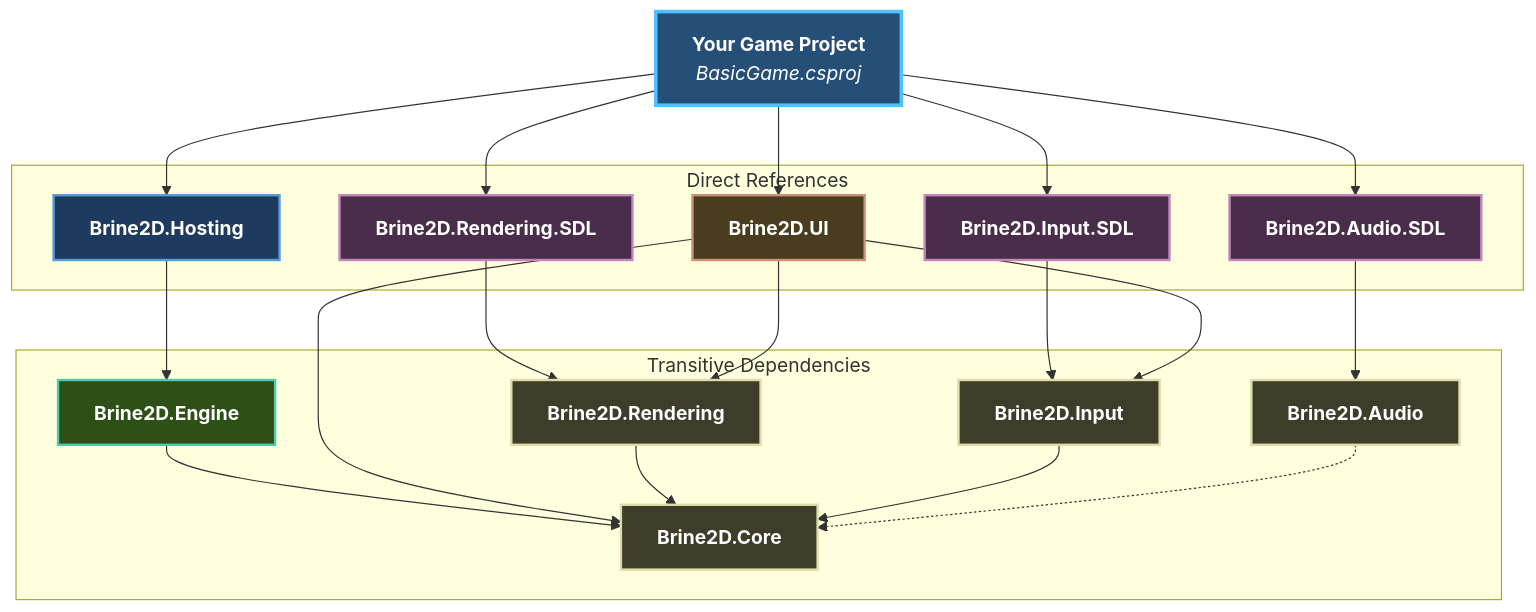
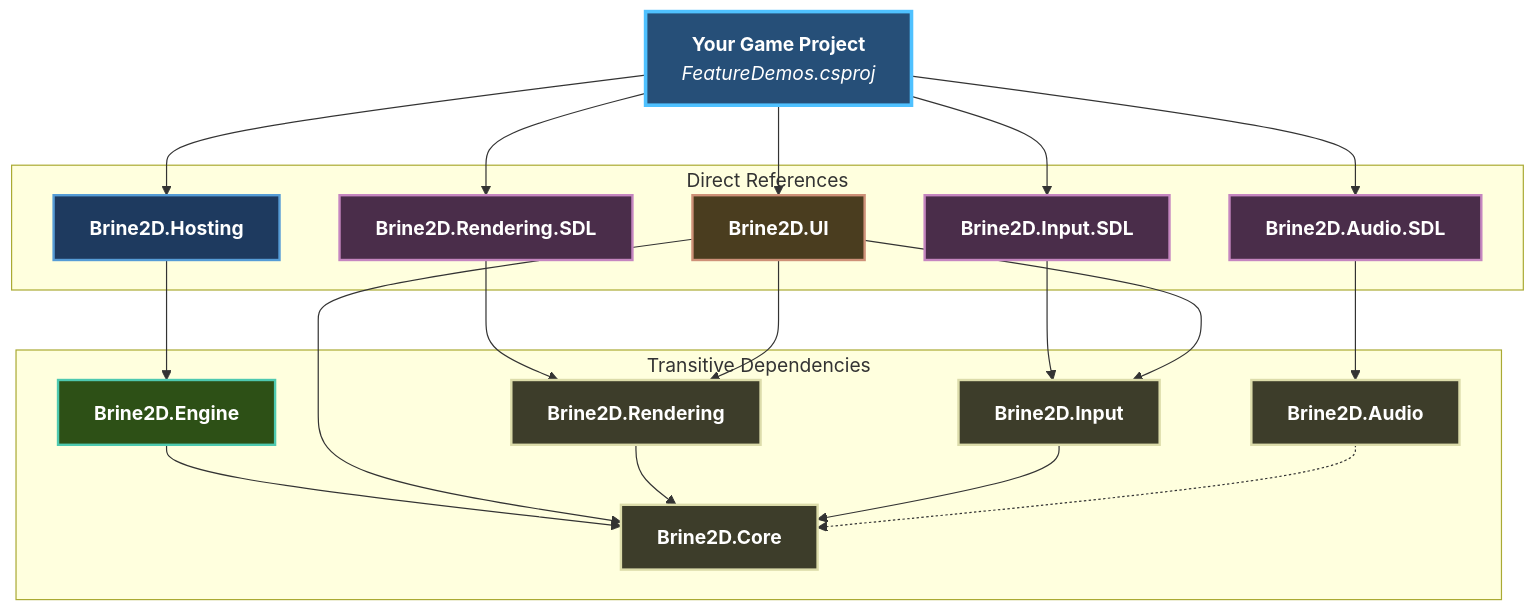
One commit to CrazyPickleStudios/Brine2D-Documentation changed the diagram in docs/getting-started/project-structure.md. Above: the diagram before and after it, drawn with Mermaid. The commit also changed other lines of this file and 13 other files, not shown here.

````diff
--- a/docs/getting-started/project-structure.md
+++ b/docs/getting-started/project-structure.md
@@ -12,52 +12,52 @@
 ```mermaid
 graph TB
-    Game["<b>Your Game Project</b><br/><i>BasicGame.csproj</i>"]
+    Game["<b>Your Game Project</b><br/><i>FeatureDemos.csproj</i>"]
     
     subgraph "Direct References"
         Hosting["<b>Brine2D.Hosting</b>"]
         RenderingSDL["<b>Brine2D.Rendering.SDL</b>"]
         InputSDL["<b>Brine2D.Input.SDL</b>"]
         AudioSDL["<b>Brine2D.Audio.SDL</b>"]
         UI["<b>Brine2D.UI</b>"]
     end
     
     subgraph "Transitive Dependencies"
         Engine["<b>Brine2D.Engine</b>"]
         Rendering["<b>Brine2D.Rendering</b>"]
         Input["<b>Brine2D.Input</b>"]
         Audio["<b>Brine2D.Audio</b>"]
         Core["<b>Brine2D.Core</b>"]
     end
     
     Game --> Hosting
     Game --> RenderingSDL
     Game --> InputSDL
     Game --> AudioSDL
     Game --> UI
     
     Hosting --> Engine
     Engine --> Core
     
     RenderingSDL --> Rendering
     InputSDL --> Input
     AudioSDL --> Audio
     UI --> Core
     UI --> Rendering
     UI --> Input
     
     Rendering --> Core
     Input --> Core
     Audio -.-> Core
 
 style Game fill:#264f78,stroke:#4fc1ff,stroke-width:3px,color:#fff
 style Hosting fill:#1e3a5f,stroke:#569cd6,stroke-width:2px,color:#fff
 style RenderingSDL fill:#4a2d4a,stroke:#c586c0,stroke-width:2px,color:#fff
 style InputSDL fill:#4a2d4a,stroke:#c586c0,stroke-width:2px,color:#fff
 style AudioSDL fill:#4a2d4a,stroke:#c586c0,stroke-width:2px,color:#fff
 style UI fill:#4a3d1f,stroke:#ce9178,stroke-width:2px,color:#fff
 style Engine fill:#2d5016,stroke:#4ec9b0,stroke-width:2px,color:#fff
 style Rendering fill:#3d3d2a,stroke:#dcdcaa,stroke-width:2px,color:#fff
 style Input fill:#3d3d2a,stroke:#dcdcaa,stroke-width:2px,color:#fff
 style Audio fill:#3d3d2a,stroke:#dcdcaa,stroke-width:2px,color:#fff
 style Core fill:#3d3d2a,stroke:#dcdcaa,stroke-width:2px,color:#fff
 ```
````
